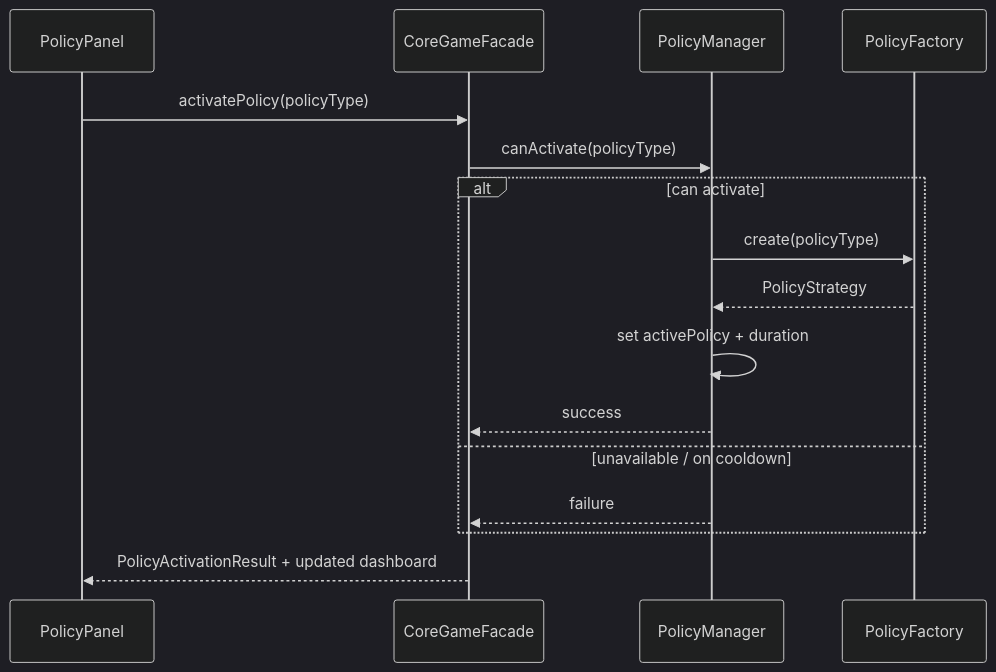
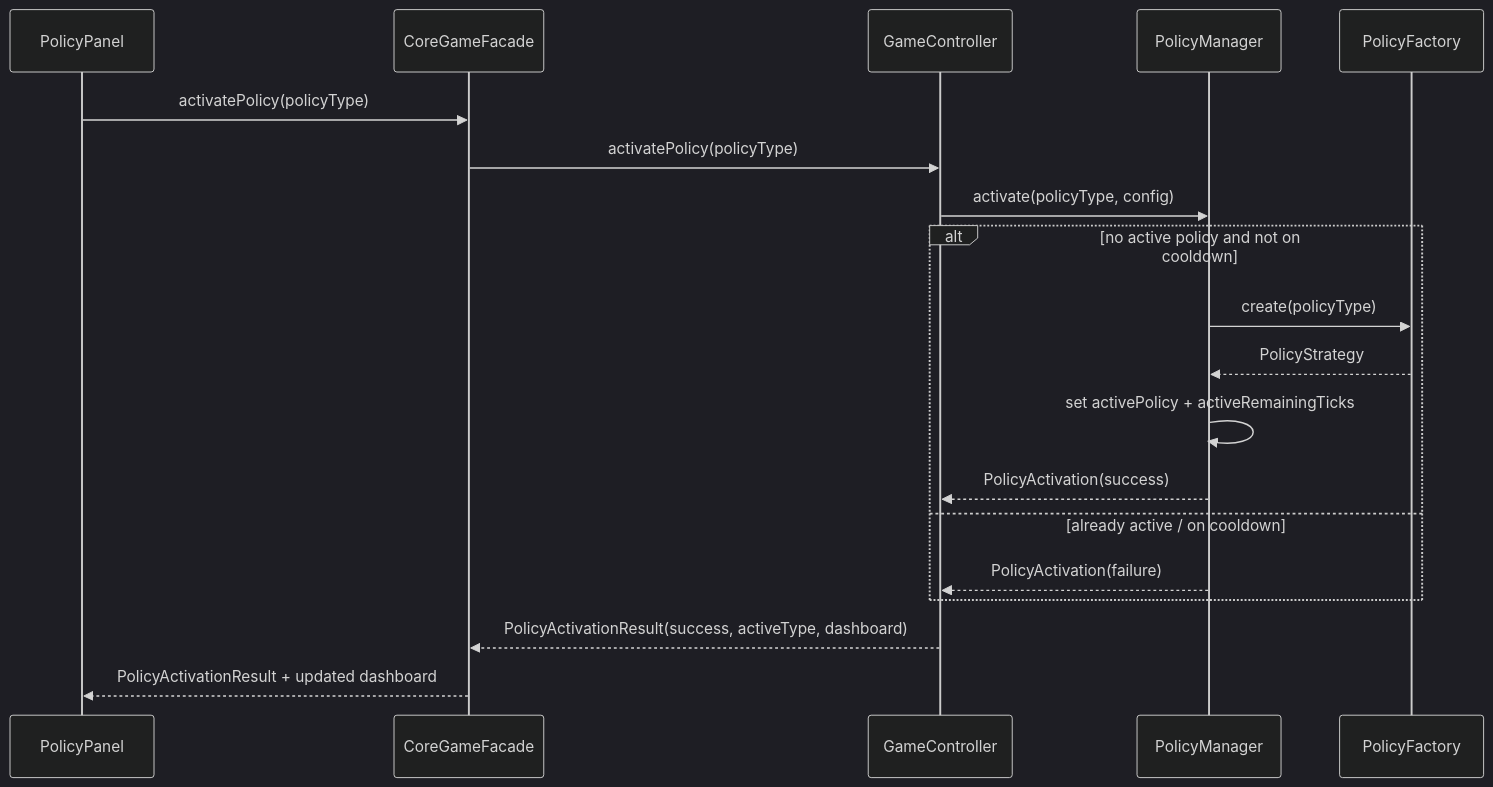
Before and after one commit to edope704/DaimyoSimulator: diagram 13 of 14 in docs/DesignDocument.md, drawn with Mermaid (dark theme). The commit also changed other lines of this file, not shown here.

````diff
--- a/docs/DesignDocument.md
+++ b/docs/DesignDocument.md
@@ -433,19 +475,22 @@
 ```mermaid
 sequenceDiagram
     participant UI as PolicyPanel
     participant C as CoreGameFacade
+    participant GC as GameController
     participant PM as PolicyManager
     participant PF as PolicyFactory
 
     UI->>C: activatePolicy(policyType)
-    C->>PM: canActivate(policyType)
-    alt can activate
+    C->>GC: activatePolicy(policyType)
+    GC->>PM: activate(policyType, config)
+    alt no active policy and not on cooldown
         PM->>PF: create(policyType)
         PF-->>PM: PolicyStrategy
-        PM->>PM: set activePolicy + duration
-        PM-->>C: success
-    else unavailable / on cooldown
-        PM-->>C: failure
+        PM->>PM: set activePolicy + activeRemainingTicks
+        PM-->>GC: PolicyActivation(success)
+    else already active / on cooldown
+        PM-->>GC: PolicyActivation(failure)
     end
+    GC-->>C: PolicyActivationResult(success, activeType, dashboard)
     C-->>UI: PolicyActivationResult + updated dashboard
 ```
````
